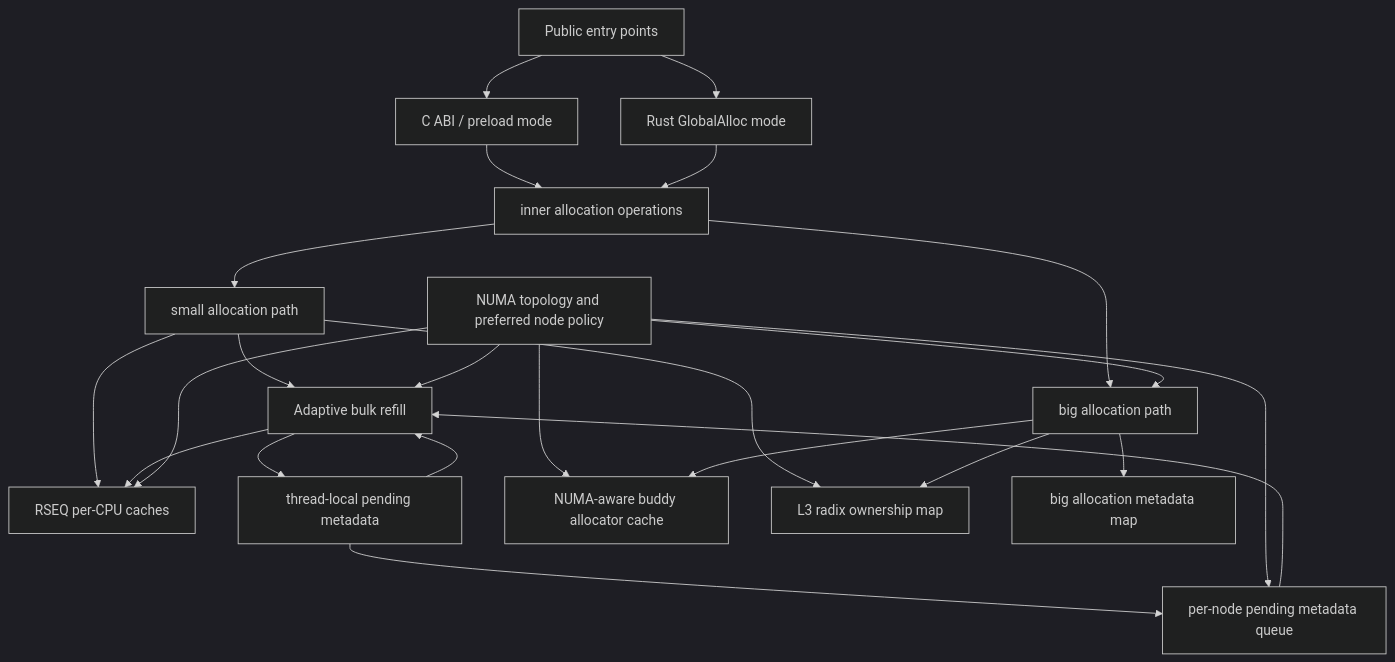
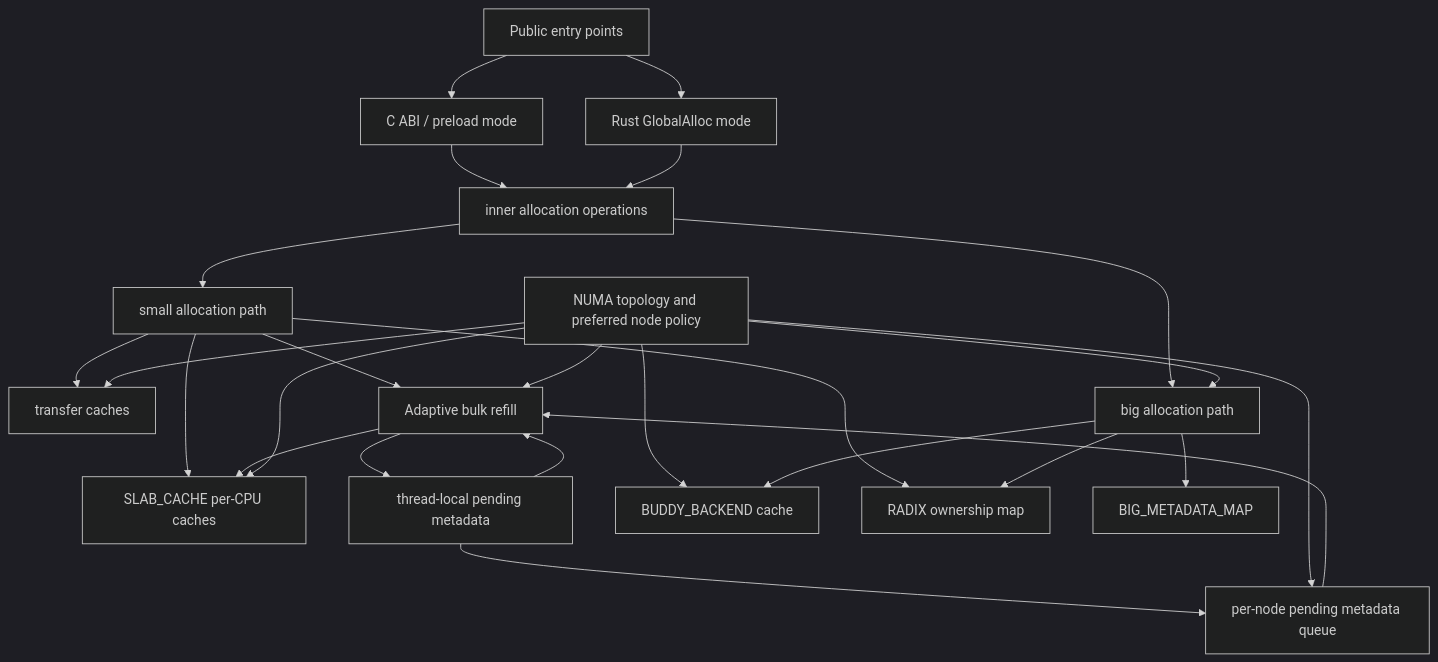
Before and after one commit to Metehan120/rsmalloc: the first of 4 diagrams in architecture.md, drawn with Mermaid (dark theme). The commit also changed other lines of this file and 31 other files, not shown here.

````diff
--- a/architecture.md
+++ b/architecture.md
@@ -15,40 +17,43 @@
 ```mermaid
 flowchart TD
     API[Public entry points]
     ABI[C ABI / preload mode]
     GLOBAL[Rust GlobalAlloc mode]
     INNER[inner allocation operations]
     SMALL[small allocation path]
-    RSEQ[RSEQ per-CPU caches]
+    RSEQ[SLAB_CACHE per-CPU caches]
+    TRANSFER[transfer caches]
     REFILL[Adaptive bulk refill]
     PENDING[per-node pending metadata queue]
     TLS[thread-local pending metadata]
     NUMA[NUMA topology and preferred node policy]
     BIG[big allocation path]
-    BUDDY[NUMA-aware buddy allocator cache]
-    RADIX[L3 radix ownership map]
-    MAP[big allocation metadata map]
+    BUDDY[BUDDY_BACKEND cache]
+    RADIX[RADIX ownership map]
+    MAP[BIG_METADATA_MAP]
 
     API --> ABI
     API --> GLOBAL
     ABI --> INNER
     GLOBAL --> INNER
     INNER --> SMALL
     INNER --> BIG
     SMALL --> RSEQ
+    SMALL --> TRANSFER
     SMALL --> REFILL
     REFILL --> TLS
     TLS --> REFILL
     TLS --> PENDING
     PENDING --> REFILL
     REFILL --> RSEQ
     NUMA --> RSEQ
+    NUMA --> TRANSFER
     NUMA --> REFILL
     NUMA --> PENDING
     NUMA --> BUDDY
     NUMA --> BIG
     BIG --> BUDDY
     BIG --> MAP
     SMALL --> RADIX
     BIG --> RADIX
 ```
````
